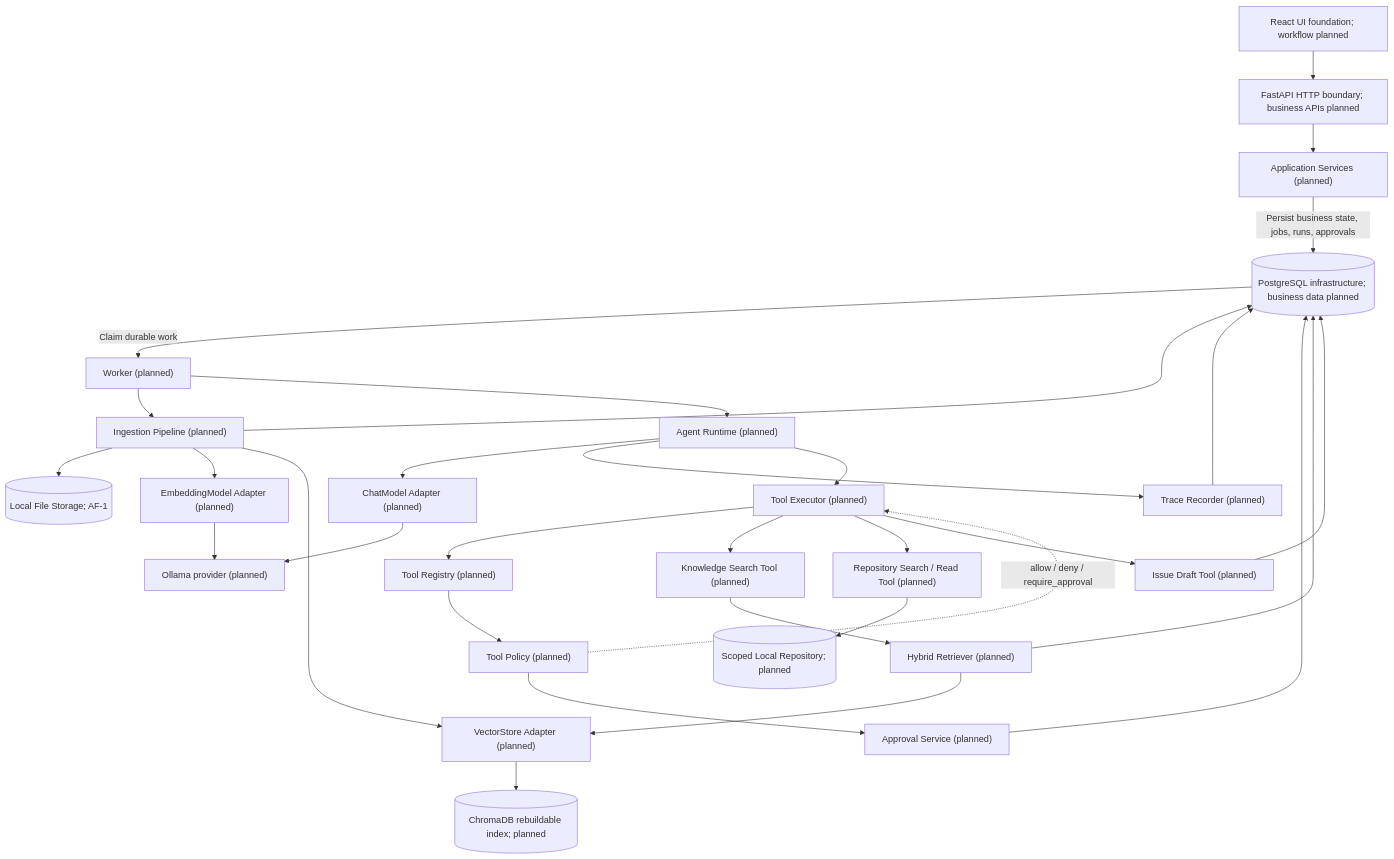
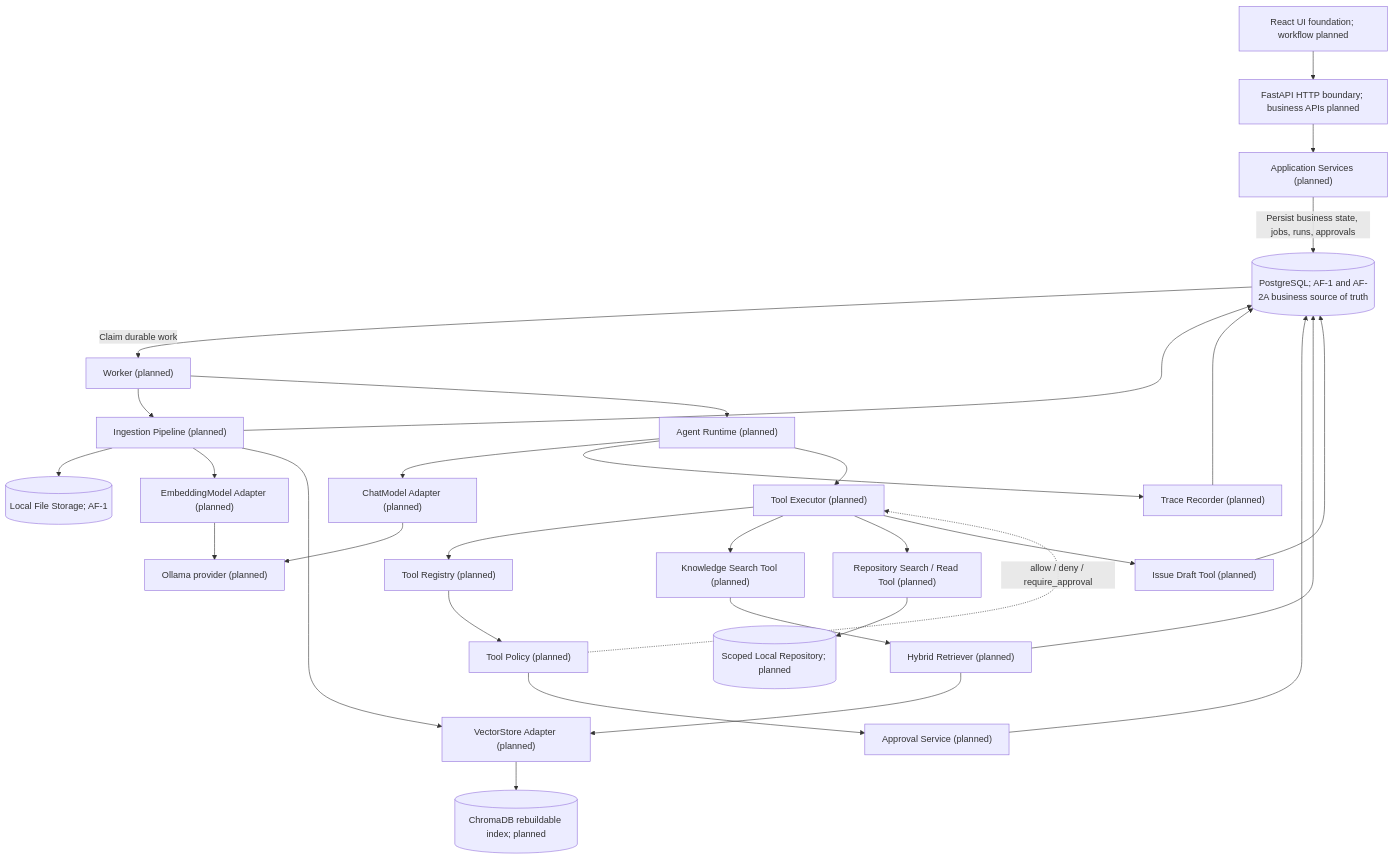
One commit to hyperweng821-commits/Agentic-Rag-Platform changed the first of 4 diagrams in docs/architecture.md. Above: the diagram before and after it, drawn with Mermaid. The commit also changed other lines of this file and 15 other files, not shown here.

````diff
--- a/docs/architecture.md
+++ b/docs/architecture.md
@@ -45,61 +49,61 @@
 ```mermaid
 flowchart TD
     UI["React UI foundation; workflow planned"]
     HTTP["FastAPI HTTP boundary; business APIs planned"]
     Services["Application Services (planned)"]
     Worker["Worker (planned)"]
     Ingestion["Ingestion Pipeline (planned)"]
     Runtime["Agent Runtime (planned)"]
     Executor["Tool Executor (planned)"]
     Registry["Tool Registry (planned)"]
     Policy["Tool Policy (planned)"]
     Approval["Approval Service (planned)"]
     Trace["Trace Recorder (planned)"]
     Knowledge["Knowledge Search Tool (planned)"]
     Repository["Repository Search / Read Tool (planned)"]
     Issue["Issue Draft Tool (planned)"]
     Retriever["Hybrid Retriever (planned)"]
     ChatAdapter["ChatModel Adapter (planned)"]
     EmbeddingAdapter["EmbeddingModel Adapter (planned)"]
     VectorAdapter["VectorStore Adapter (planned)"]
-    PG[(PostgreSQL infrastructure; business data planned)]
+    PG[(PostgreSQL; AF-1 and AF-2A business source of truth)]
     Chroma[(ChromaDB rebuildable index; planned)]
     Ollama["Ollama provider (planned)"]
     Files[(Local File Storage; AF-1)]
     LocalRepo[(Scoped Local Repository; planned)]
 
     UI --> HTTP
     HTTP --> Services
     Services -->|"Persist business state, jobs, runs, approvals"| PG
     PG -->|"Claim durable work"| Worker
 
     Worker --> Ingestion
     Worker --> Runtime
     Ingestion --> Files
     Ingestion --> PG
     Ingestion --> EmbeddingAdapter
     EmbeddingAdapter --> Ollama
     Ingestion --> VectorAdapter
     VectorAdapter --> Chroma
 
     Runtime --> ChatAdapter
     ChatAdapter --> Ollama
     Runtime --> Trace
     Trace --> PG
 
     Runtime --> Executor
     Executor --> Registry
     Registry --> Policy
     Policy -. "allow / deny / require_approval" .-> Executor
     Policy --> Approval
     Approval --> PG
 
     Executor --> Knowledge
     Executor --> Repository
     Executor --> Issue
     Knowledge --> Retriever
     Retriever --> PG
     Retriever --> VectorAdapter
     Repository --> LocalRepo
     Issue --> PG
 ```
````
